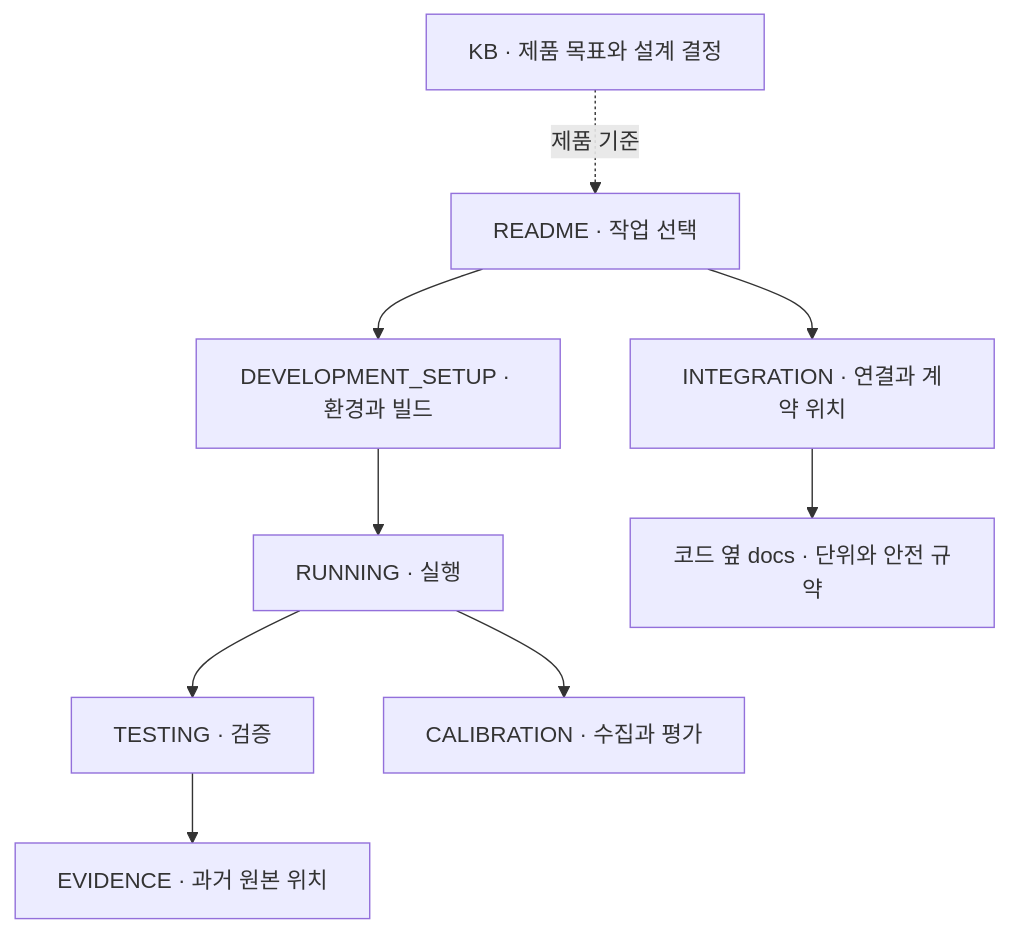
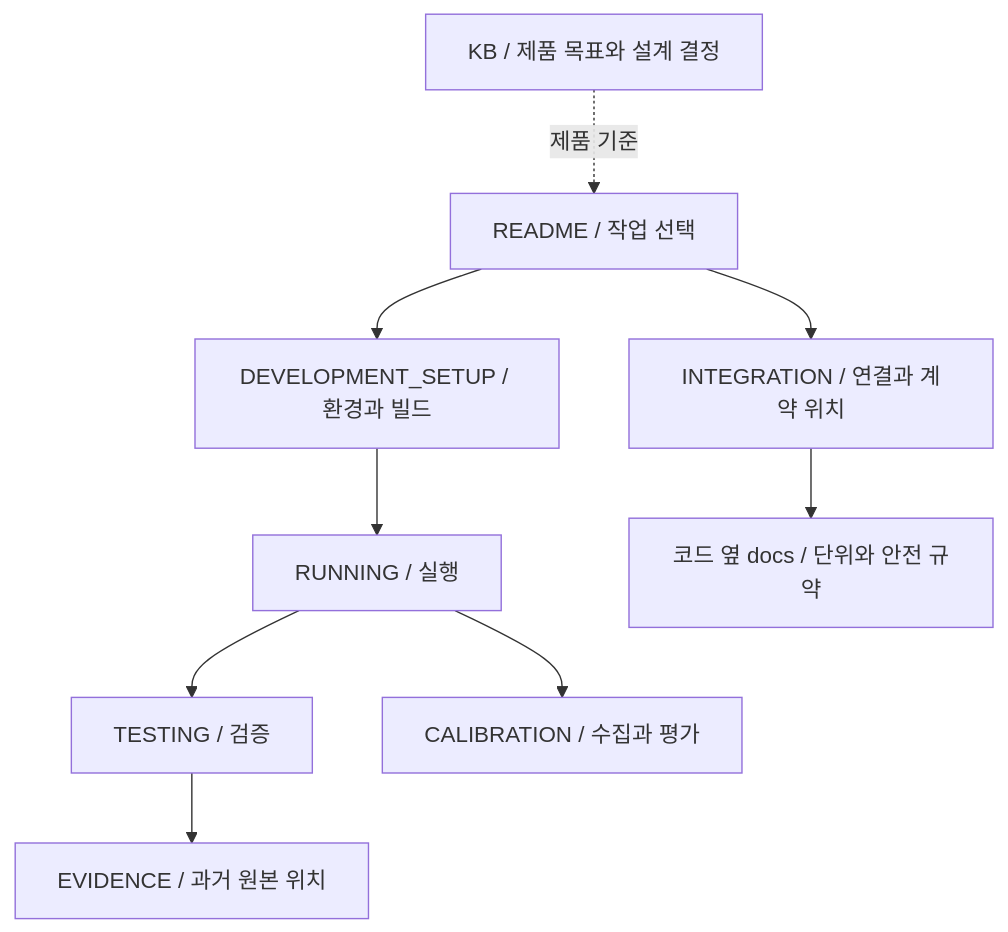
The diagram in README.md (asm17-moving-agent/cleany), drawn with Mermaid before and after one commit. The commit also changed other lines of this file and 24 other files, not shown here.

Commit message:
docs: Mermaid 흐름도를 보완하고 가운뎃점 나열을 제거

````diff
--- a/README.md
+++ b/README.md
@@ -7,20 +7,20 @@
 ```mermaid
 flowchart TB
-    KB["KB · 제품 목표와 설계 결정"]
-    Entry["README · 작업 선택"]
-    Setup["DEVELOPMENT_SETUP · 환경과 빌드"]
-    Run["RUNNING · 실행"]
-    Test["TESTING · 검증"]
-    Cal["CALIBRATION · 수집과 평가"]
-    Contract["INTEGRATION · 연결과 계약 위치"]
-    Ref["코드 옆 docs · 단위와 안전 규약"]
-    Evidence["EVIDENCE · 과거 원본 위치"]
+    KB["KB / 제품 목표와 설계 결정"]
+    Entry["README / 작업 선택"]
+    Setup["DEVELOPMENT_SETUP / 환경과 빌드"]
+    Run["RUNNING / 실행"]
+    Test["TESTING / 검증"]
+    Cal["CALIBRATION / 수집과 평가"]
+    Contract["INTEGRATION / 연결과 계약 위치"]
+    Ref["코드 옆 docs / 단위와 안전 규약"]
+    Evidence["EVIDENCE / 과거 원본 위치"]
     KB -. "제품 기준" .-> Entry
     Entry --> Setup
     Setup --> Run
     Run --> Test
     Run --> Cal
     Entry --> Contract
     Contract --> Ref
     Test --> Evidence
 ```
````
